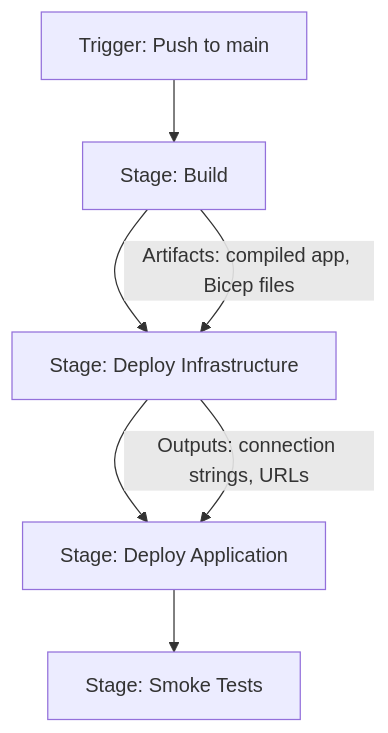
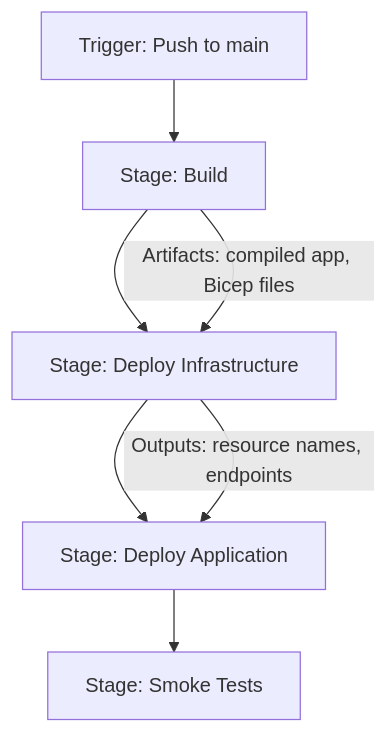
One commit to OneUptime/blog changed the diagram in posts/2026-02-16-how-to-configure-azure-pipelines-to-deploy-infrastructure-and-application-code-in-a-single-pipeline/README.md. Above: the diagram before and after it, drawn with Mermaid. The commit also changed other lines of this file and 2 other files, not shown here.

````diff
--- a/posts/2026-02-16-how-to-configure-azure-pipelines-to-deploy-infrastructure-and-application-code-in-a-single-pipeline/README.md
+++ b/posts/2026-02-16-how-to-configure-azure-pipelines-to-deploy-infrastructure-and-application-code-in-a-single-pipeline/README.md
@@ -19,10 +19,10 @@
 ```mermaid
 flowchart TD
     A[Trigger: Push to main] --> B[Stage: Build]
     B --> C[Stage: Deploy Infrastructure]
     C --> D[Stage: Deploy Application]
     D --> E[Stage: Smoke Tests]
 
-    C -->|Outputs: connection strings, URLs| D
+    C -->|Outputs: resource names, endpoints| D
     B -->|Artifacts: compiled app, Bicep files| C
 ```
````
